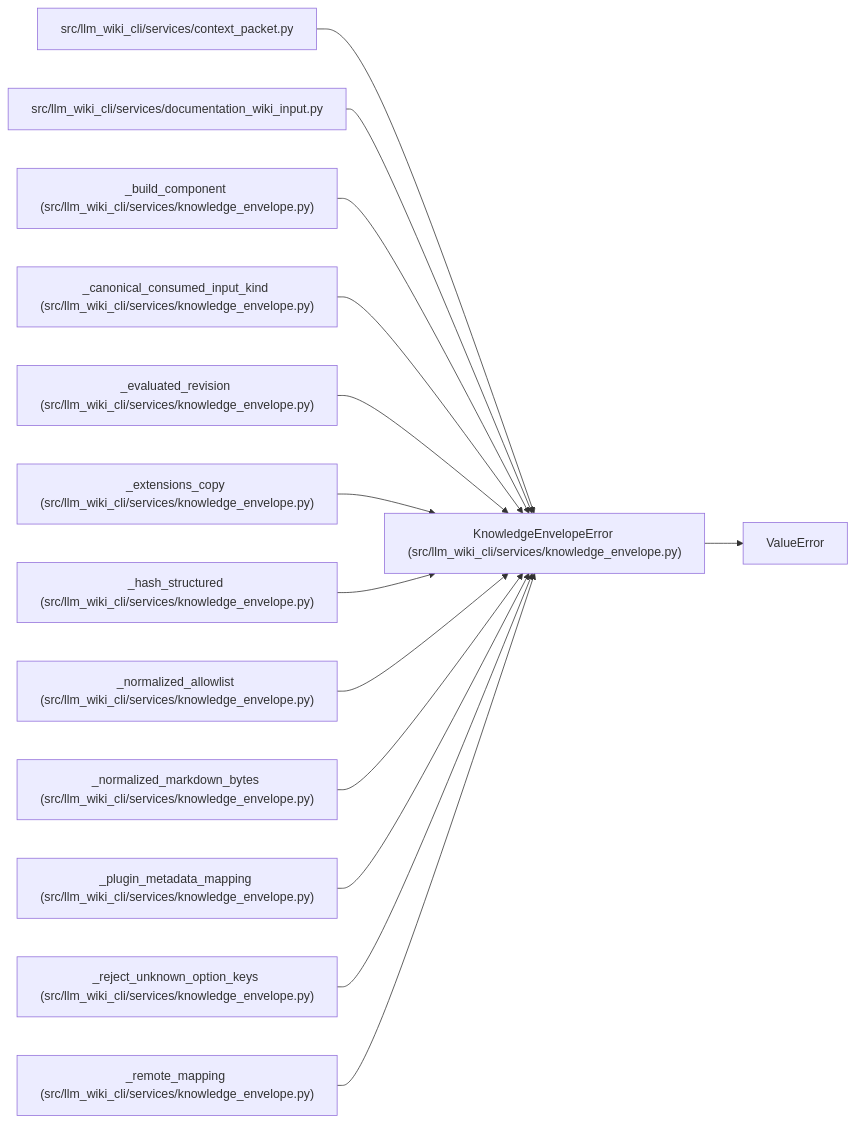
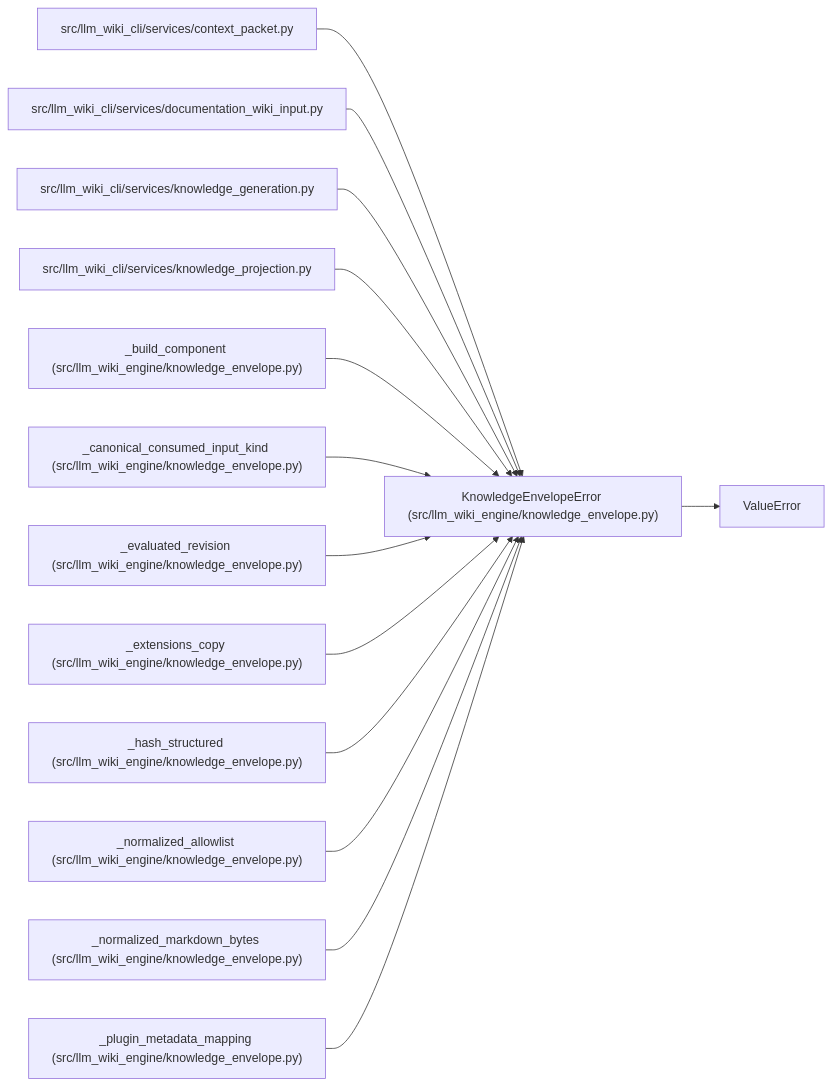
One commit to Denissvgn/python-wiki-llm changed the diagram in docs/llm_wiki/entities/KnowledgeEnvelopeError.md. Above: the diagram before and after it, drawn with Mermaid. The commit also changed other lines of this file and 1058 other files, not shown here.

First line of the commit message:
docs: refresh the wiki for the knowledge store move

````diff
--- a/docs/llm_wiki/entities/KnowledgeEnvelopeError.md
+++ b/docs/llm_wiki/entities/KnowledgeEnvelopeError.md
@@ -25,43 +25,43 @@
 ```mermaid
 flowchart LR
-    n0["KnowledgeEnvelopeError (src/llm_wiki_cli/services/knowledge_envelope.py)"]
+    n0["KnowledgeEnvelopeError (src/llm_wiki_engine/knowledge_envelope.py)"]
     n1["ValueError"]
     n2["src/llm_wiki_cli/services/context_packet.py"]
     n3["src/llm_wiki_cli/services/documentation_wiki_input.py"]
-    n4["_build_component (src/llm_wiki_cli/services/knowledge_envelope.py)"]
-    n5["_canonical_consumed_input_kind (src/llm_wiki_cli/services/knowledge_envelope.py)"]
-    n6["_evaluated_revision (src/llm_wiki_cli/services/knowledge_envelope.py)"]
-    n7["_extensions_copy (src/llm_wiki_cli/services/knowledge_envelope.py)"]
-    n8["_hash_structured (src/llm_wiki_cli/services/knowledge_envelope.py)"]
-    n9["_normalized_allowlist (src/llm_wiki_cli/services/knowledge_envelope.py)"]
-    n10["_normalized_markdown_bytes (src/llm_wiki_cli/services/knowledge_envelope.py)"]
-    n11["_plugin_metadata_mapping (src/llm_wiki_cli/services/knowledge_envelope.py)"]
-    n12["_reject_unknown_option_keys (src/llm_wiki_cli/services/knowledge_envelope.py)"]
-    n13["_remote_mapping (src/llm_wiki_cli/services/knowledge_envelope.py)"]
+    n4["src/llm_wiki_cli/services/knowledge_generation.py"]
+    n5["src/llm_wiki_cli/services/knowledge_projection.py"]
+    n6["_build_component (src/llm_wiki_engine/knowledge_envelope.py)"]
+    n7["_canonical_consumed_input_kind (src/llm_wiki_engine/knowledge_envelope.py)"]
+    n8["_evaluated_revision (src/llm_wiki_engine/knowledge_envelope.py)"]
+    n9["_extensions_copy (src/llm_wiki_engine/knowledge_envelope.py)"]
+    n10["_hash_structured (src/llm_wiki_engine/knowledge_envelope.py)"]
+    n11["_normalized_allowlist (src/llm_wiki_engine/knowledge_envelope.py)"]
+    n12["_normalized_markdown_bytes (src/llm_wiki_engine/knowledge_envelope.py)"]
+    n13["_plugin_metadata_mapping (src/llm_wiki_engine/knowledge_envelope.py)"]
     n0 --> n1
     n2 --> n0
     n3 --> n0
     n4 --> n0
     n5 --> n0
     n6 --> n0
     n7 --> n0
     n8 --> n0
     n9 --> n0
     n10 --> n0
     n11 --> n0
     n12 --> n0
     n13 --> n0
     click n0 "../modules/knowledge_envelope.md"
     click n2 "../modules/context_packet.md"
     click n3 "../modules/documentation_wiki_input.md"
-    click n4 "../modules/knowledge_envelope.md"
-    click n5 "../modules/knowledge_envelope.md"
+    click n4 "../modules/knowledge_generation.md"
+    click n5 "../modules/knowledge_projection.md"
     click n6 "../modules/knowledge_envelope.md"
     click n7 "../modules/knowledge_envelope.md"
     click n8 "../modules/knowledge_envelope.md"
     click n9 "../modules/knowledge_envelope.md"
     click n10 "../modules/knowledge_envelope.md"
     click n11 "../modules/knowledge_envelope.md"
     click n12 "../modules/knowledge_envelope.md"
     click n13 "../modules/knowledge_envelope.md"
 ```
````
